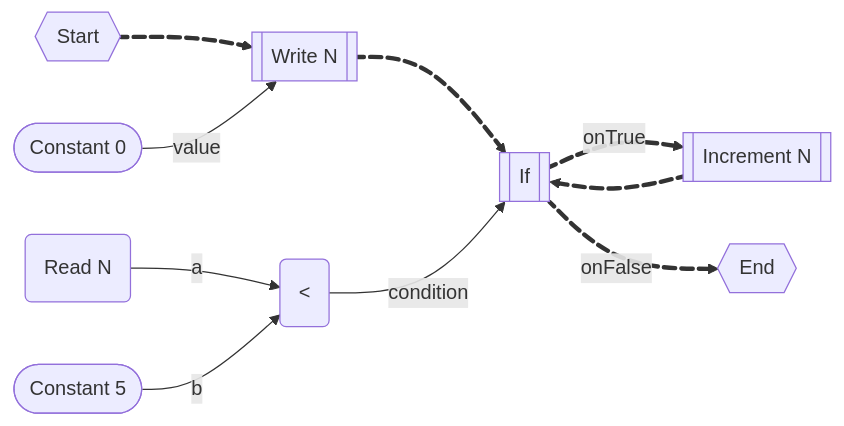
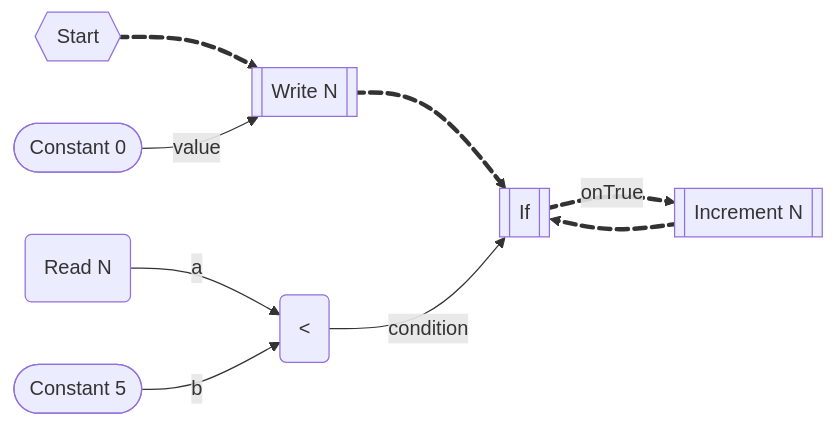
Before and after one commit to ColinTimBarndt/resonite-flux-compensator: the third of 6 diagrams in specification/hir.md, drawn with Mermaid. The commit also changed other lines of this file, not shown here.

````diff
--- a/specification/hir.md
+++ b/specification/hir.md
@@ -75,29 +67,27 @@
 ```mermaid
 graph LR;
 
 S{{Start}} f1@==> Write0[[Write N]];
 
 Const0([Constant 0]);
 Const0 -->|value| Write0;
 
 Read(Read N);
 Read -->|a| LessThan(<);
 
 Const5([Constant 5]);
 Const5 -->|b| LessThan;
 
 If[[If]];
 Write0 f2@==> If;
 LessThan -->|condition| If;
 
 If f3@==>|onTrue| Inc[[Increment N]]
-If f4@==>|onFalse| End{{End}}
 
-Inc f5@==> If
+Inc f4@==> If
 
 f1@{animate: true};
 f2@{animate: true};
 f3@{animate: true};
 f4@{animate: true};
-f5@{animate: true};
 ```
````
